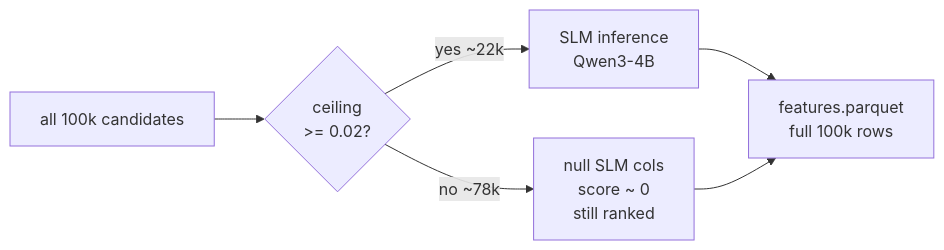
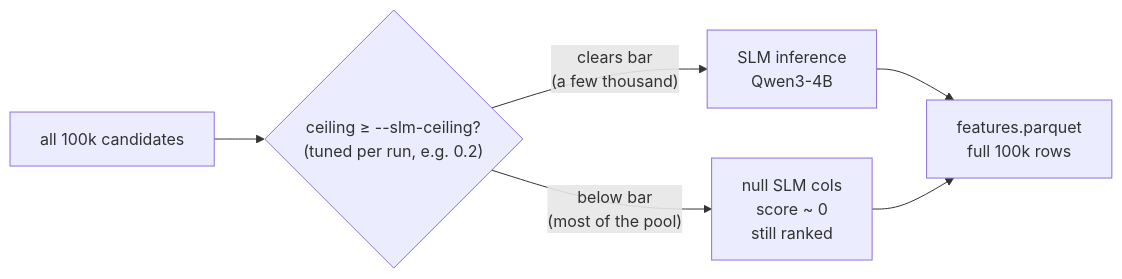
Before and after one commit to ankitkr-04/candidate-ranker-v2: the fifth of 6 diagrams in docs/architecture.md, drawn with Mermaid. The commit also changed other lines of this file and 2 other files, not shown here.

Commit message:
Enhance documentation for precompute and ranking stages, clarifying SLM ceiling tuning and its impact on candidate selection

````diff
--- a/docs/architecture.md
+++ b/docs/architecture.md
@@ -254,8 +258,8 @@
 ```mermaid
 flowchart LR
-    A[all 100k candidates] --> B{ceiling\n>= 0.02?}
-    B -->|yes ~22k| C[SLM inference\nQwen3-4B]
-    B -->|no ~78k| D[null SLM cols\nscore ~ 0\nstill ranked]
+    A[all 100k candidates] --> B{"ceiling ≥ --slm-ceiling?\n(tuned per run, e.g. 0.2)"}
+    B -->|"clears bar\n(a few thousand)"| C[SLM inference\nQwen3-4B]
+    B -->|"below bar\n(most of the pool)"| D[null SLM cols\nscore ~ 0\nstill ranked]
     C --> E[features.parquet\nfull 100k rows]
     D --> E
 ```
````
